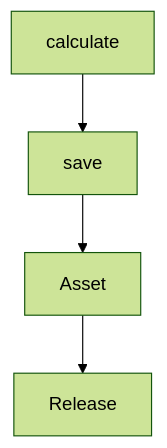
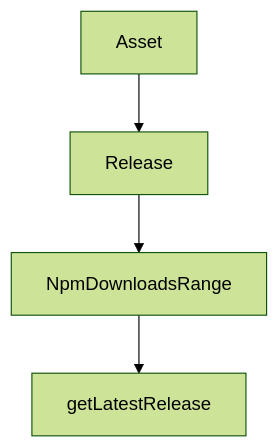
Before and after one commit to johnxie/awesome-code-docs: the diagram in tutorials/kilocode-tutorial/04-authentication-and-provider-routing.md, drawn with Mermaid (forest theme). The commit also changed other lines of this file and 1232 other files, not shown here.

````diff
--- a/tutorials/kilocode-tutorial/04-authentication-and-provider-routing.md
+++ b/tutorials/kilocode-tutorial/04-authentication-and-provider-routing.md
@@ -204,10 +202,10 @@
 ```mermaid
 flowchart TD
-    A[calculate]
-    B[save]
-    C[Asset]
-    D[Release]
+    A[Asset]
+    B[Release]
+    C[NpmDownloadsRange]
+    D[getLatestRelease]
     A --> B
     B --> C
     C --> D
 ```
````
